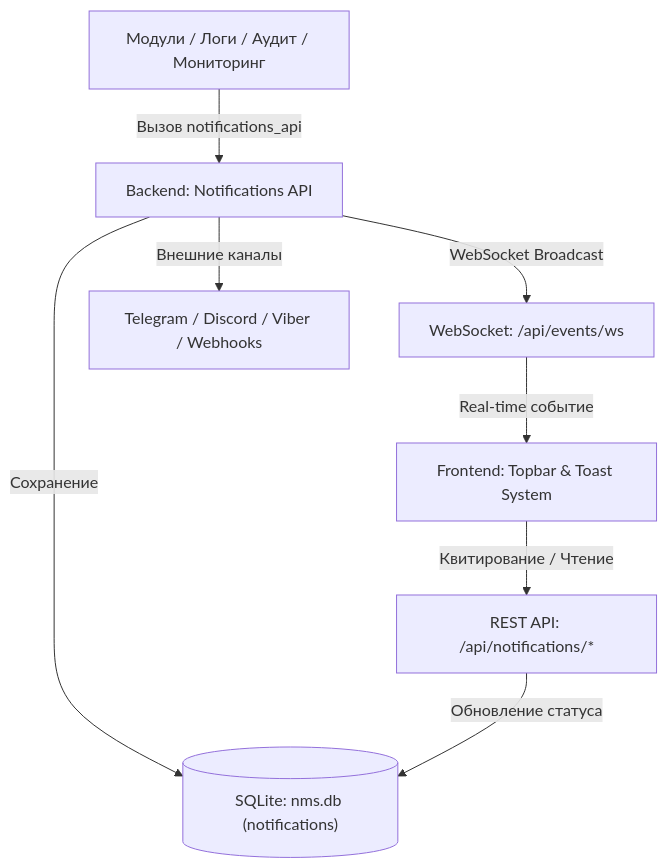
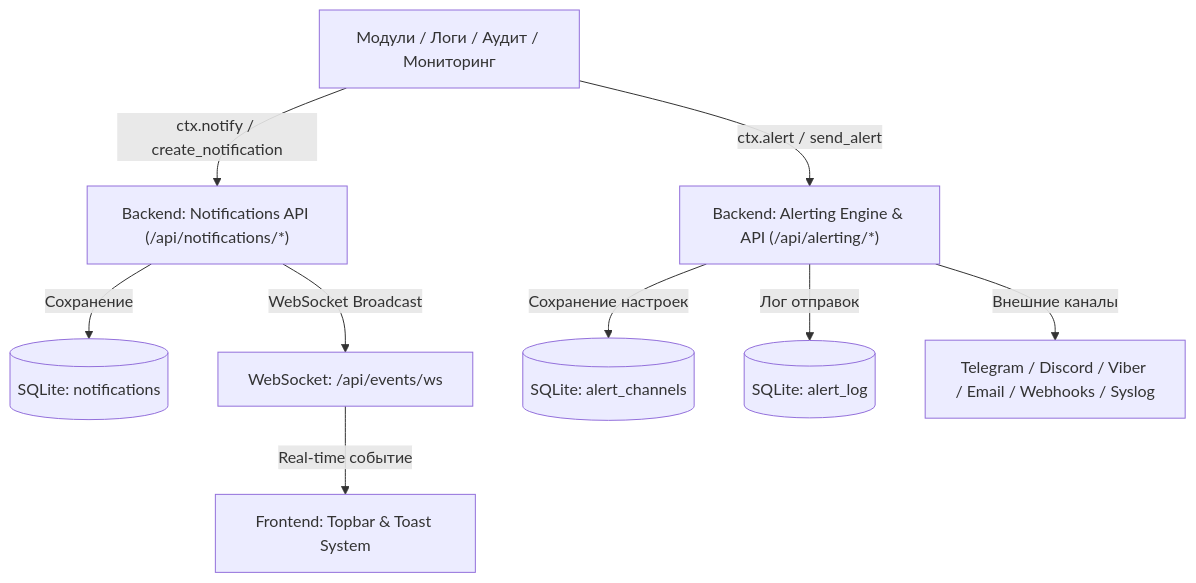
Before and after one commit to Apofixc/nms-webui: the diagram in docs/wiki/02-usage/11-notifications-and-alerts.md, drawn with Mermaid. The commit also changed other lines of this file and 15 other files, not shown here.

Commit message:
refactor: replace notification integrations with a unified alerting system and settings modal

````diff
--- a/docs/wiki/02-usage/11-notifications-and-alerts.md
+++ b/docs/wiki/02-usage/11-notifications-and-alerts.md
@@ -78,10 +79,11 @@
 ```mermaid
 graph TD
-    Subsystems["Модули / Логи / Аудит / Мониторинг"] -->|Вызов notifications_api| Dispatcher["Backend: Notifications API"]
-    Dispatcher -->|Сохранение| DB[("SQLite: nms.db (notifications)")]
-    Dispatcher -->|WebSocket Broadcast| WS["WebSocket: /api/events/ws"]
-    Dispatcher -->|Внешние каналы| External["Telegram / Discord / Viber / Webhooks"]
+    Subsystems["Модули / Логи / Аудит / Мониторинг"] -->|ctx.notify / create_notification| NotifAPI["Backend: Notifications API (/api/notifications/*)"]
+    Subsystems -->|ctx.alert / send_alert| AlertAPI["Backend: Alerting Engine & API (/api/alerting/*)"]
+    NotifAPI -->|Сохранение| DB_Notif[("SQLite: notifications")]
+    NotifAPI -->|WebSocket Broadcast| WS["WebSocket: /api/events/ws"]
     WS -->|Real-time событие| UI["Frontend: Topbar & Toast System"]
-    UI -->|Квитирование / Чтение| API["REST API: /api/notifications/*"]
-    API -->|Обновление статуса| DB
+    AlertAPI -->|Сохранение настроек| DB_Channels[("SQLite: alert_channels")]
+    AlertAPI -->|Лог отправок| DB_Log[("SQLite: alert_log")]
+    AlertAPI -->|Внешние каналы| External["Telegram / Discord / Viber / Email / Webhooks / Syslog"]
 ```
````
